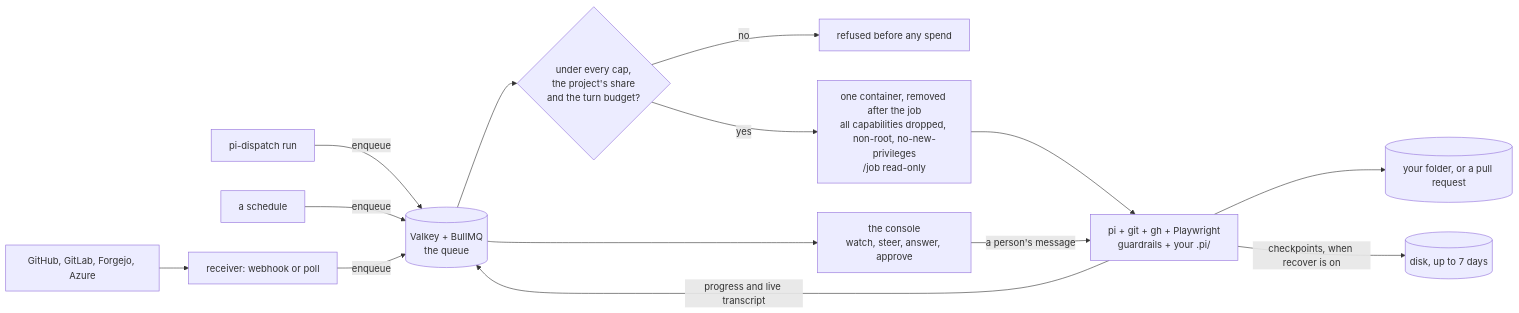
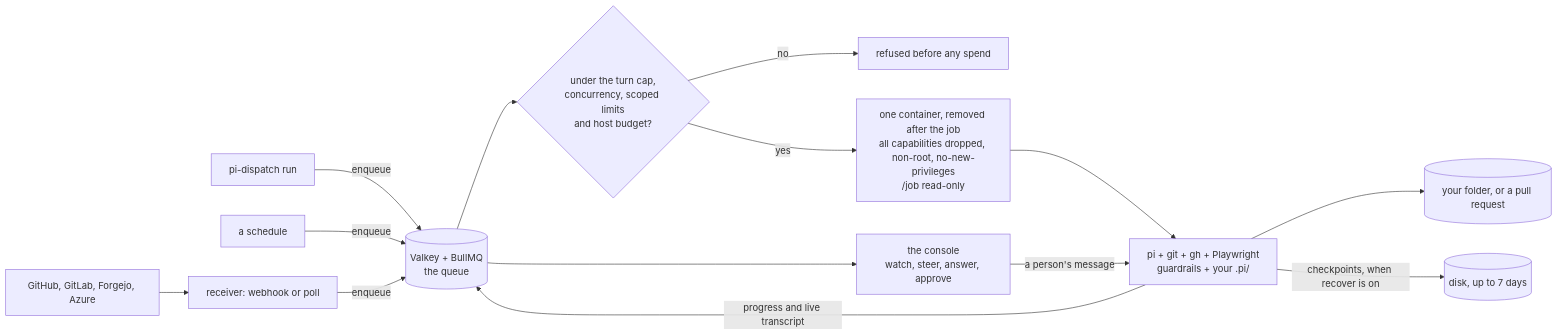
Before and after one commit to ddv12138/pi-dispatch: the diagram in README.md, drawn with Mermaid. The commit also changed other lines of this file and 553 other files, not shown here.

````diff
--- a/README.md
+++ b/README.md
@@ -442,15 +441,15 @@
 ```mermaid
 flowchart LR
   CLI["pi-dispatch run"] -->|enqueue| Q
   CRON["a schedule"] -->|enqueue| Q
   FORGE["GitHub, GitLab, Forgejo, Azure"] --> R["receiver: webhook or poll"] -->|enqueue| Q
-  Q[("Valkey + BullMQ<br/>the queue")] --> B{"under every cap,<br/>the project's share<br/>and the turn budget?"}
+  Q[("Valkey + BullMQ<br/>the queue")] --> B{"under the turn cap,<br/>concurrency, scoped limits<br/>and host budget?"}
   B -->|no| STOP["refused before any spend"]
   B -->|yes| C["one container, removed after the job<br/>all capabilities dropped, non-root, no-new-privileges<br/>/job read-only"]
   C --> PI["pi + git + gh + Playwright<br/>guardrails + your .pi/"]
   PI --> OUT[("your folder, or a pull request")]
   PI -->|"checkpoints, when recover is on"| DISK[("disk, up to 7 days")]
   PI -->|"progress and live transcript"| Q
   Q --> CON["the console<br/>watch, steer, answer, approve"]
   CON -->|"a person's message"| PI
 ```
````
